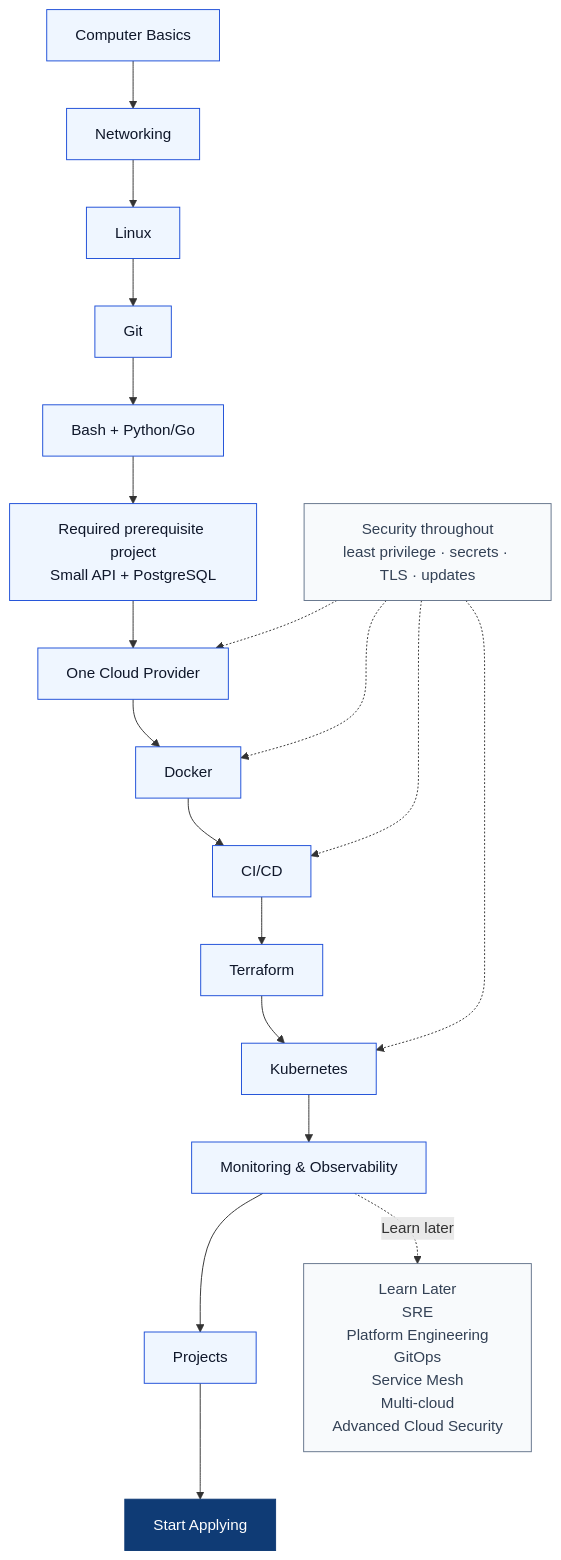
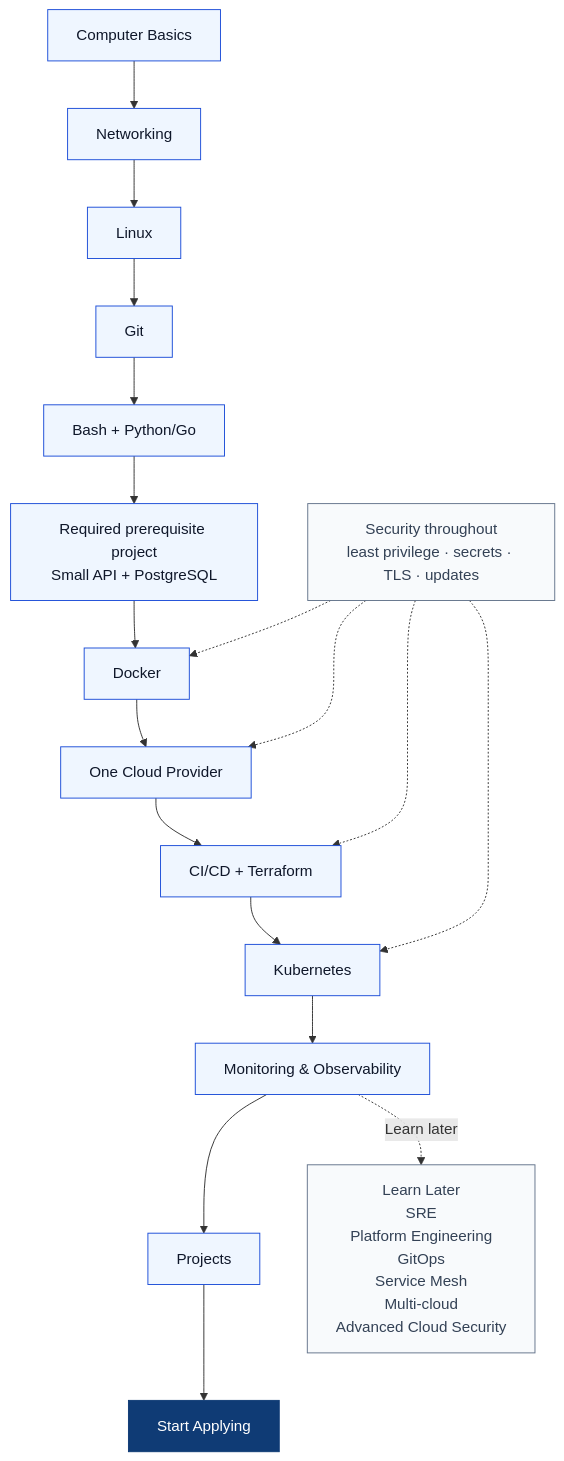
One commit to mazenessam77/cloud-devops-roadmap-2026 changed the diagram in diagrams/roadmap.md. Above: the diagram before and after it, drawn with Mermaid. The commit also changed 9 other files, not shown here.

````diff
--- a/diagrams/roadmap.md
+++ b/diagrams/roadmap.md
@@ -3,30 +3,29 @@
 ```mermaid
 flowchart TD
     Computer[Computer Basics] --> Networking[Networking]
     Networking --> Linux[Linux]
     Linux --> Git[Git]
     Git --> Automation[Bash + Python/Go]
     Automation --> Prerequisite[Required prerequisite project<br/>Small API + PostgreSQL]
-    Prerequisite --> Cloud[One Cloud Provider]
-    Cloud --> Docker[Docker]
-    Docker --> CICD[CI/CD]
-    CICD --> Terraform[Terraform]
-    Terraform --> Kubernetes[Kubernetes]
+    Prerequisite --> Docker[Docker]
+    Docker --> Cloud[One Cloud Provider]
+    Cloud --> Delivery[CI/CD + Terraform]
+    Delivery --> Kubernetes[Kubernetes]
     Kubernetes --> Observability[Monitoring & Observability]
     Observability --> Projects[Projects]
     Projects --> Applying[Start Applying]
 
-    Security[Security throughout<br/>least privilege · secrets · TLS · updates] -.-> Cloud
-    Security -.-> Docker
-    Security -.-> CICD
+    Security[Security throughout<br/>least privilege · secrets · TLS · updates] -.-> Docker
+    Security -.-> Cloud
+    Security -.-> Delivery
     Security -.-> Kubernetes
 
     Observability -. Learn later .-> Later[Learn Later<br/>SRE<br/>Platform Engineering<br/>GitOps<br/>Service Mesh<br/>Multi-cloud<br/>Advanced Cloud Security]
 
     classDef main fill:#eff6ff,stroke:#1d4ed8,color:#0f172a,stroke-width:1px;
     classDef final fill:#0f3b75,stroke:#0f3b75,color:#ffffff,stroke-width:1px;
     classDef later fill:#f8fafc,stroke:#64748b,color:#334155,stroke-width:1px;
-    class Computer,Networking,Linux,Git,Automation,Prerequisite,Cloud,Docker,CICD,Terraform,Kubernetes,Observability,Projects main;
+    class Computer,Networking,Linux,Git,Automation,Prerequisite,Docker,Cloud,Delivery,Kubernetes,Observability,Projects main;
     class Applying final;
     class Later,Security later;
 ```
````
